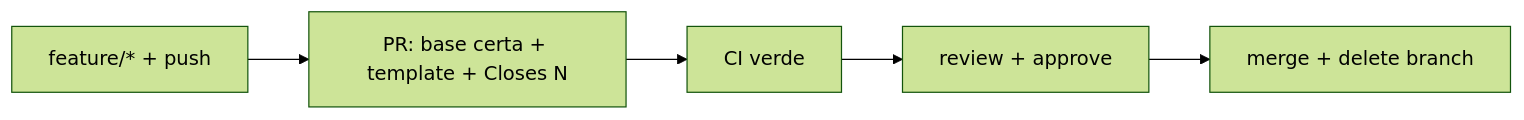
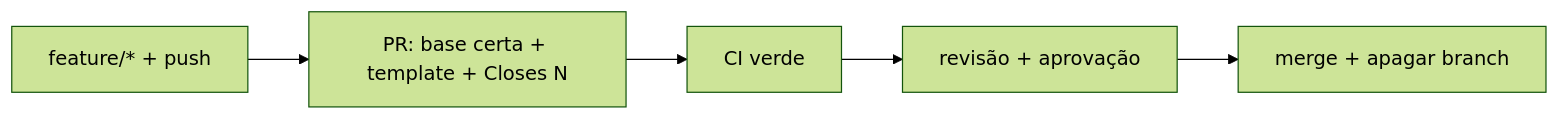
Before and after one commit to BerniloBernardo-boot/Git-e-GitHub: the second of 2 diagrams in 06-Pull-Requests-e-Code-Review/01-pull-requests-e-code-review.md, drawn with Mermaid (forest theme). The commit also changed other lines of this file and 13 other files, not shown here.

Commit message:
docs: traduz elementos explicativos dos diagramas para PT-PT

````diff
--- a/06-Pull-Requests-e-Code-Review/01-pull-requests-e-code-review.md
+++ b/06-Pull-Requests-e-Code-Review/01-pull-requests-e-code-review.md
@@ -115,7 +115,7 @@
 ```mermaid
 flowchart LR
     B["feature/* + push"] --> P["PR: base certa + template + Closes N"]
     P --> C["CI verde"]
-    C --> R["review + approve"]
-    R --> M["merge + delete branch"]
+    C --> R["revisão + aprovação"]
+    R --> M["merge + apagar branch"]
 ```
````
